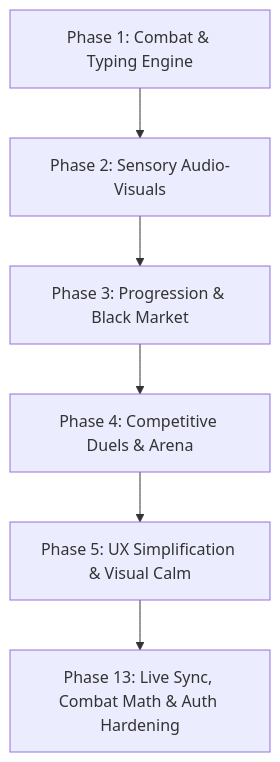
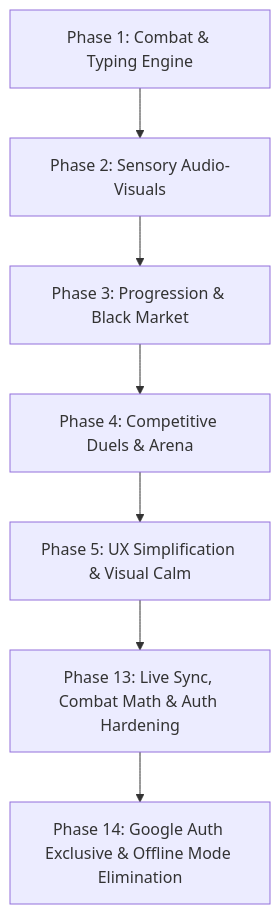
Before and after one commit to NathanP278/speedtype: the diagram in .gsd/ROADMAP.md, drawn with Mermaid. The commit also changed other lines of this file and 12 other files, not shown here.

````diff
--- a/.gsd/ROADMAP.md
+++ b/.gsd/ROADMAP.md
@@ -44,8 +49,9 @@
 ```mermaid
 flowchart TD
     P1["Phase 1: Combat & Typing Engine"] --> P2["Phase 2: Sensory Audio-Visuals"]
     P2 --> P3["Phase 3: Progression & Black Market"]
     P3 --> P4["Phase 4: Competitive Duels & Arena"]
     P4 --> P5["Phase 5: UX Simplification & Visual Calm"]
     P5 --> P13["Phase 13: Live Sync, Combat Math & Auth Hardening"]
+    P13 --> P14["Phase 14: Google Auth Exclusive & Offline Mode Elimination"]
 ```
````
